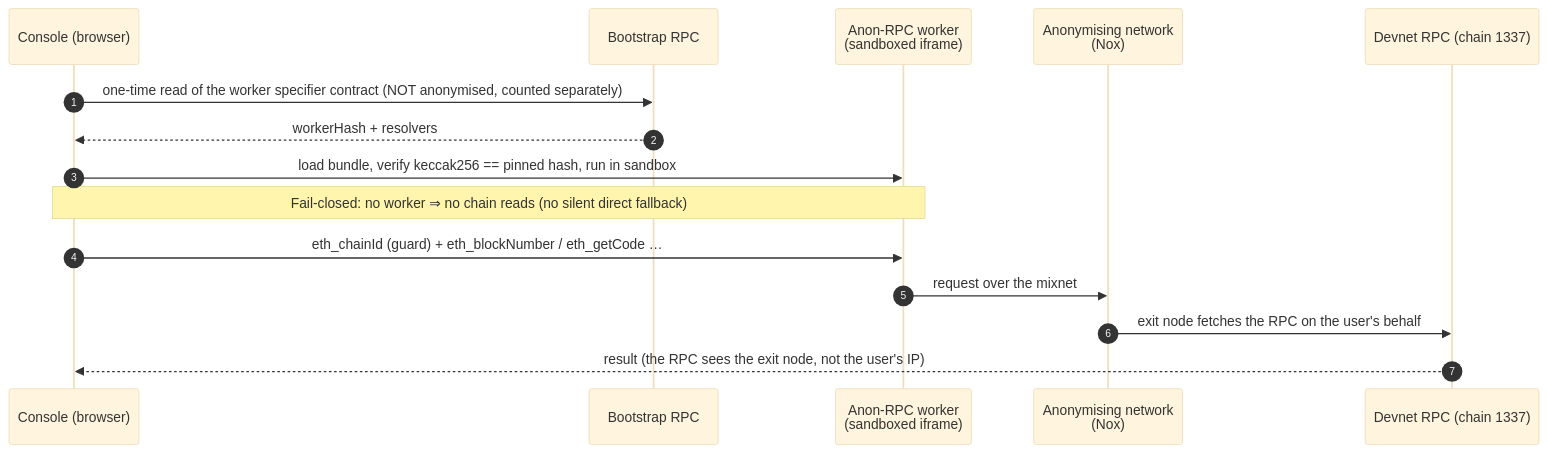
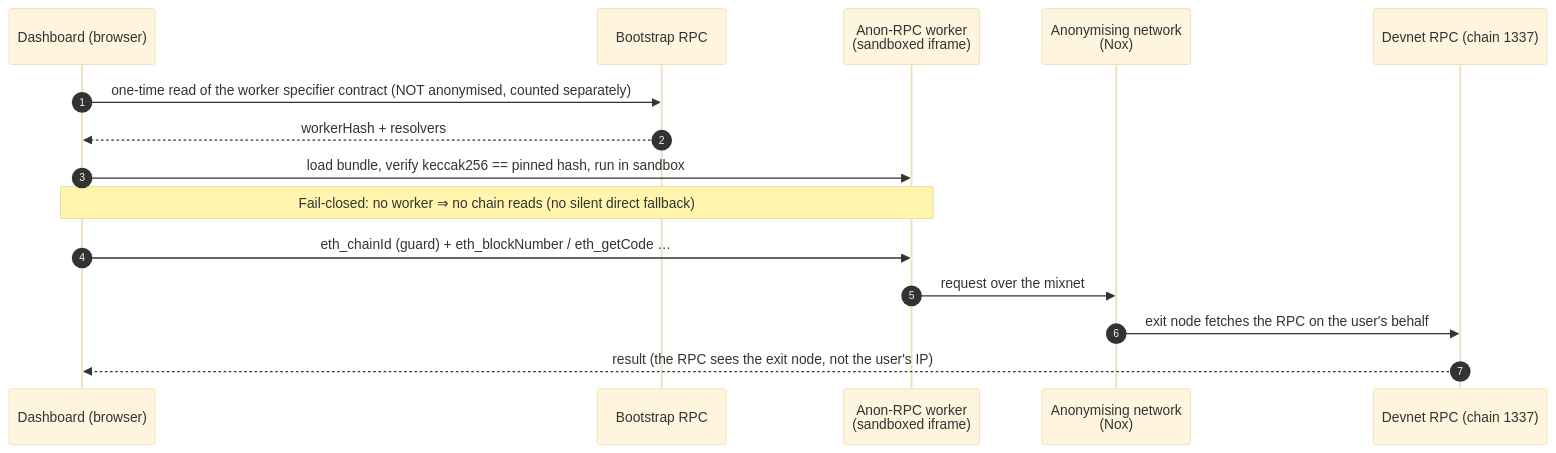
Before and after one commit to ayushsingh82/ROUTIQ: the fifth of 7 diagrams in README.md, drawn with Mermaid (base theme). The commit also changed other lines of this file and 22 other files, not shown here.

Commit message:
feat(agent): live Frame Tx agent demo API, devnet staking script, console renamed to dashboard

````diff
--- a/README.md
+++ b/README.md
@@ -147,18 +147,18 @@
 ```mermaid
 sequenceDiagram
   autonumber
-  participant UI as Console (browser)
+  participant UI as Dashboard (browser)
   participant B as Bootstrap RPC
   participant W as Anon-RPC worker<br/>(sandboxed iframe)
   participant N as Anonymising network<br/>(Nox)
   participant D as Devnet RPC (chain 1337)
 
   UI->>B: one-time read of the worker specifier contract (NOT anonymised, counted separately)
   B-->>UI: workerHash + resolvers
   UI->>W: load bundle, verify keccak256 == pinned hash, run in sandbox
   Note over UI,W: Fail-closed: no worker ⇒ no chain reads (no silent direct fallback)
   UI->>W: eth_chainId (guard) + eth_blockNumber / eth_getCode …
   W->>N: request over the mixnet
   N->>D: exit node fetches the RPC on the user's behalf
   D-->>UI: result (the RPC sees the exit node, not the user's IP)
 ```
````
